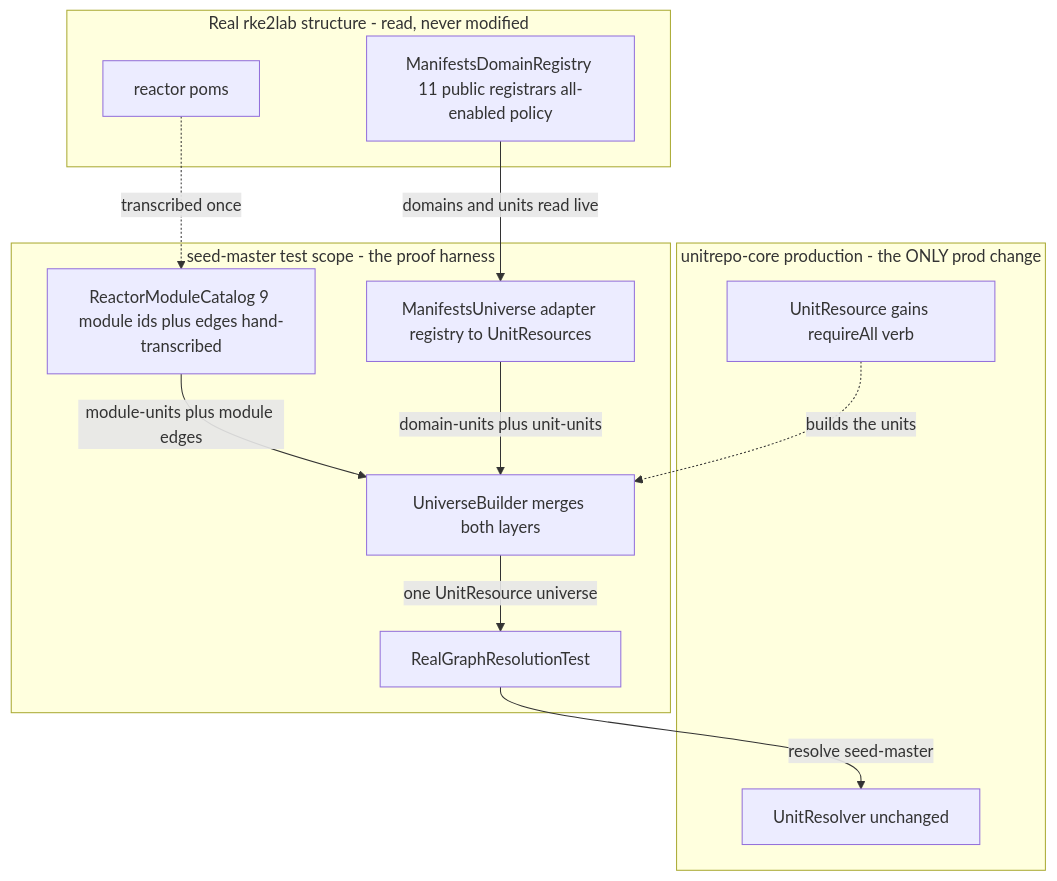
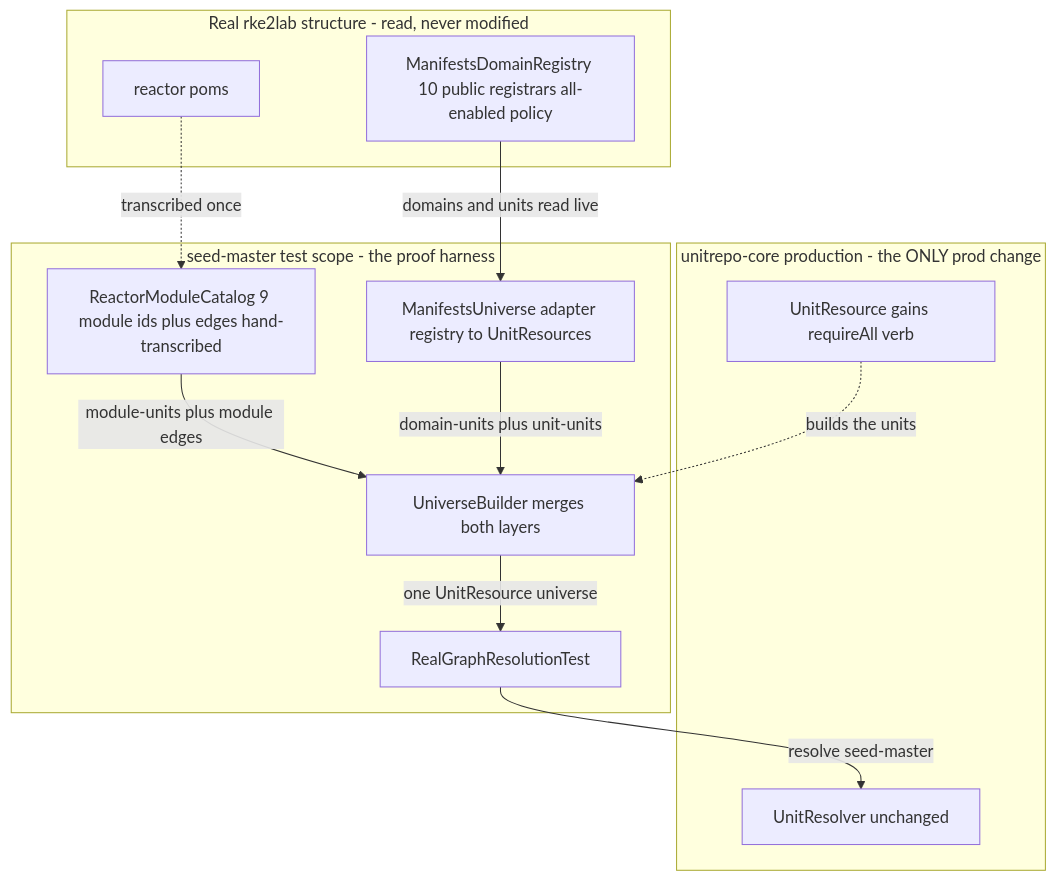
One commit to nxmatic/rke2lab changed the second of 3 diagrams in docs/superpowers/specs/2026-06-15-unitrepo-real-graph-resolution-design.md. Above: the diagram before and after it, drawn with Mermaid. The commit also changed other lines of this file and 1 other file, not shown here.

First line of the commit message:
docs(unitrepo): implementation plan — real-graph resolution proof

````diff
--- a/docs/superpowers/specs/2026-06-15-unitrepo-real-graph-resolution-design.md
+++ b/docs/superpowers/specs/2026-06-15-unitrepo-real-graph-resolution-design.md
@@ -120,24 +120,24 @@
 ```mermaid
 flowchart TD
   subgraph core[unitrepo-core production - the ONLY prod change]
     UR["UnitResource gains requireAll verb"]
     RSV["UnitResolver unchanged"]
   end
   subgraph real[Real rke2lab structure - read, never modified]
     POM["reactor poms"]
-    REG["ManifestsDomainRegistry 11 public registrars all-enabled policy"]
+    REG["ManifestsDomainRegistry 10 public registrars all-enabled policy"]
   end
   subgraph proof[seed-master test scope - the proof harness]
     RMC["ReactorModuleCatalog 9 module ids plus edges hand-transcribed"]
     MU["ManifestsUniverse adapter registry to UnitResources"]
     BLD["UniverseBuilder merges both layers"]
     TST["RealGraphResolutionTest"]
   end
   POM -.transcribed once.-> RMC
   REG -->|domains and units read live| MU
   RMC -->|module-units plus module edges| BLD
   MU -->|domain-units plus unit-units| BLD
   BLD -->|one UnitResource universe| TST
   TST -->|resolve seed-master| RSV
   UR -.builds the units.-> BLD
 ```
````
